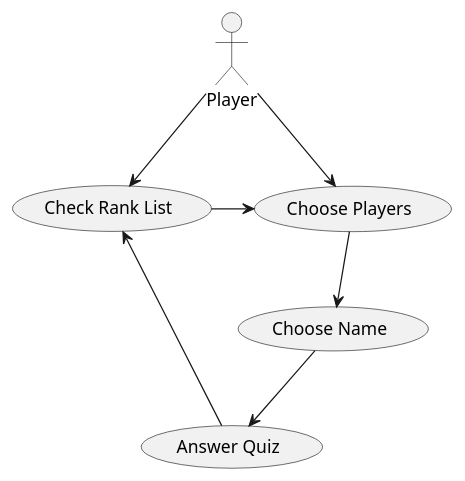
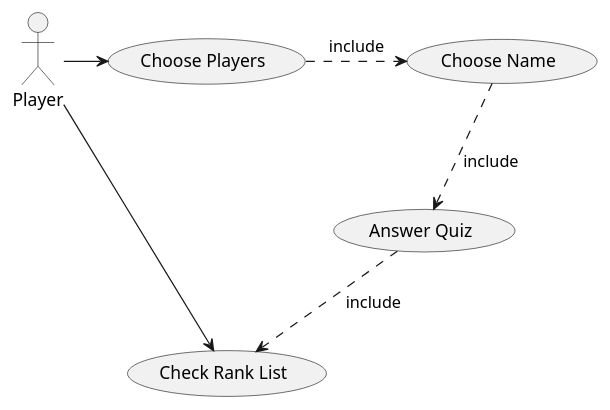
Before and after one commit to Kar1o/Viracopos: the diagram in UseCaseDiagram.puml, drawn with PlantUML. The commit also changed 2 other files, not shown here.

Commit message:
all diagrams updated to final version

```diff
--- a/UseCaseDiagram.puml
+++ b/UseCaseDiagram.puml
@@ -1,11 +1,10 @@
 @startuml
 
 :Player:
 
-Player --> (Choose Players)
+Player -> (Choose Players)
 Player --> (Check Rank List)
-(Choose Players) --> (Choose Name)
-(Choose Name) --> (Answer Quiz)
-(Answer Quiz) --> (Check Rank List)
-(Check Rank List) -> (Choose Players)
+(Choose Players) .> (Choose Name) : include
+(Choose Name) ..> (Answer Quiz) : include
+(Answer Quiz) ..> (Check Rank List) : include
 @enduml
```
